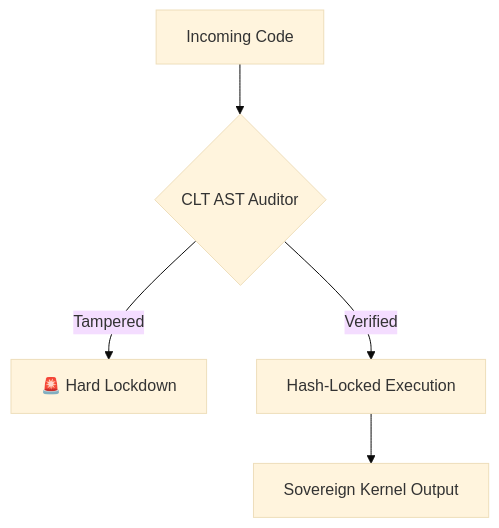
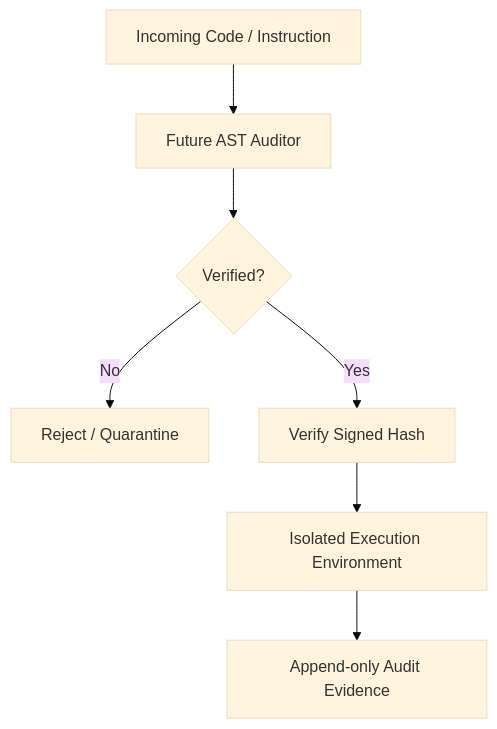
Before and after one commit to zopair/CLT_Global_System: the diagram in README.md, drawn with Mermaid (base theme). The commit also changed other lines of this file, not shown here.

Commit message:
docs: clarify CLT Global System as an unimplemented architecture concept (#1)

````diff
--- a/README.md
+++ b/README.md
@@ -10,7 +25,9 @@
 ```mermaid
-graph TD
-    A[Incoming Code] --> B{CLT AST Auditor}
-    B -- "Tampered" --> C[🚨 Hard Lockdown]
-    B -- "Verified" --> D[Hash-Locked Execution]
-    D --> E[Sovereign Kernel Output]
+flowchart TD
+    Input[Incoming Code / Instruction] --> Parser[Future AST Auditor]
+    Parser --> Decision{Verified?}
+    Decision -->|No| Reject[Reject / Quarantine]
+    Decision -->|Yes| Hash[Verify Signed Hash]
+    Hash --> Sandbox[Isolated Execution Environment]
+    Sandbox --> Audit[Append-only Audit Evidence]
 ```
````
